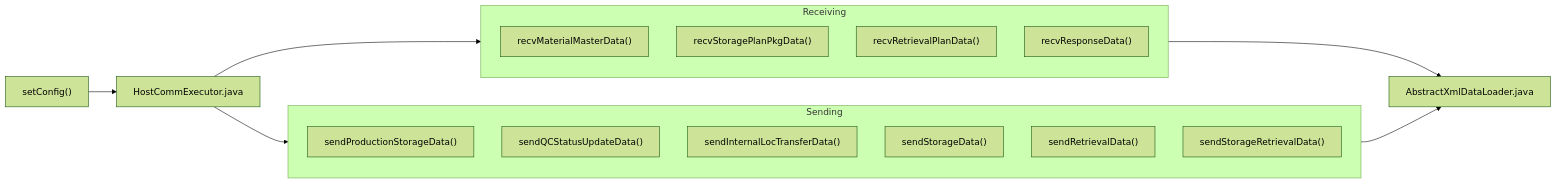
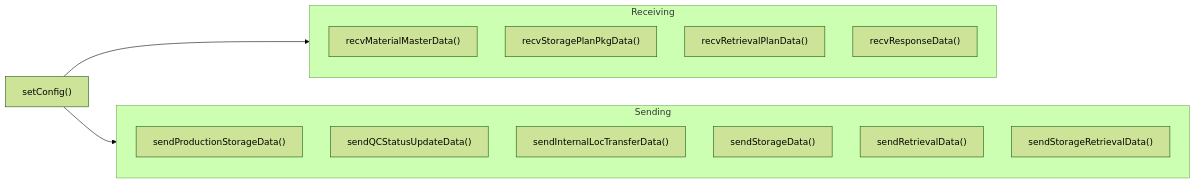
One commit to luthfiadityaa/SimeDarby-Wiki changed the third of 3 diagrams in Basic-Design/Host-Interfaces.md. Above: the diagram before and after it, drawn with Mermaid (forest theme).

Commit message:
Updated Host Interfaces

```diff
--- a/Basic-Design/Host-Interfaces.md
+++ b/Basic-Design/Host-Interfaces.md
@@ -74,25 +74,22 @@
 ::: mermaid
 flowchart LR
  C1["setConfig()"]  
- C2["HostCommExecutor.java"]
- C13["AbstractXmlDataLoader.java"]
- C1 --> C2
- C2 --> Receiving --> C13
- C2 --> Sending --> C13
+ C1 --> Receiving 
+ C1 --> Sending 
 
 subgraph Receiving
  C3["recvMaterialMasterData()"]
  C4["recvStoragePlanPkgData()"]
  C5["recvRetrievalPlanData()"]
  C6["recvResponseData()"]
 end
 
 subgraph Sending
  C7["sendProductionStorageData()"]
  C8["sendQCStatusUpdateData()"]
  C9["sendInternalLocTransferData()"]
  C10["sendStorageData()"]
  C11["sendRetrievalData()"]
  C12["sendStorageRetrievalData()"]
 end
 :::
```
